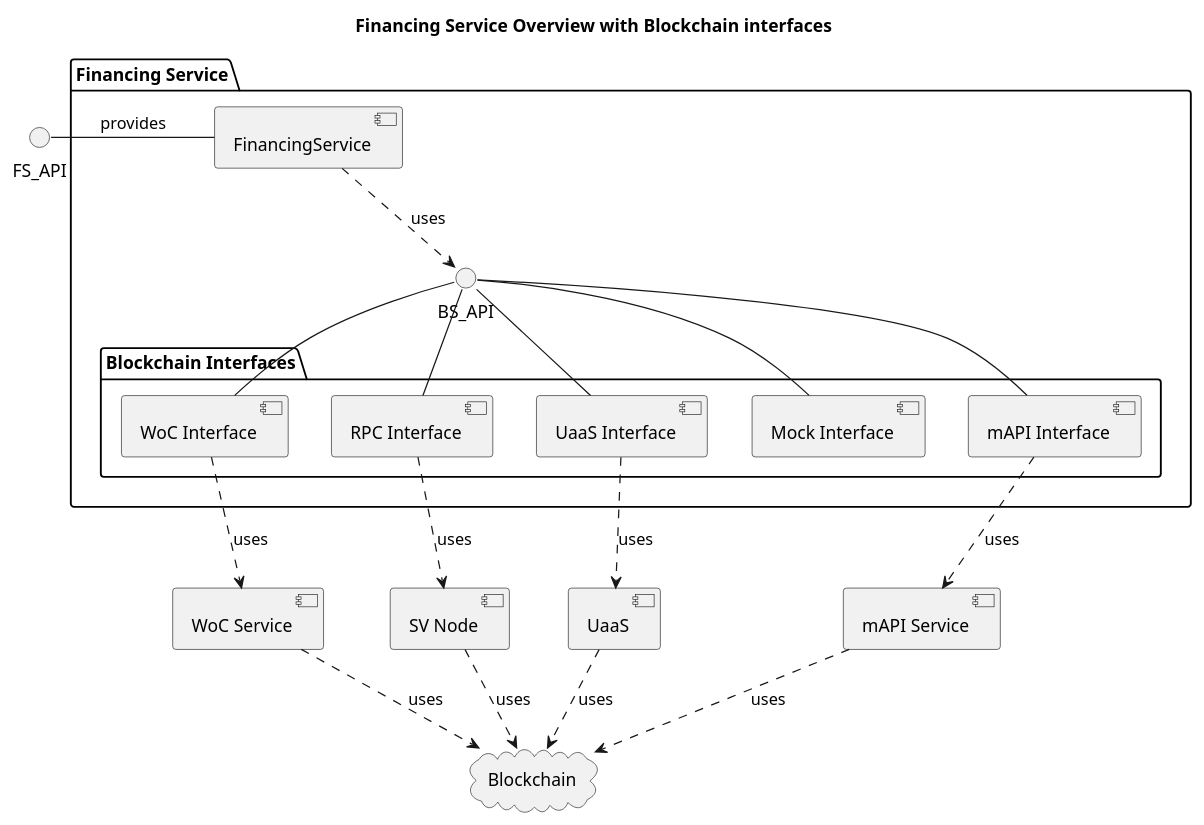
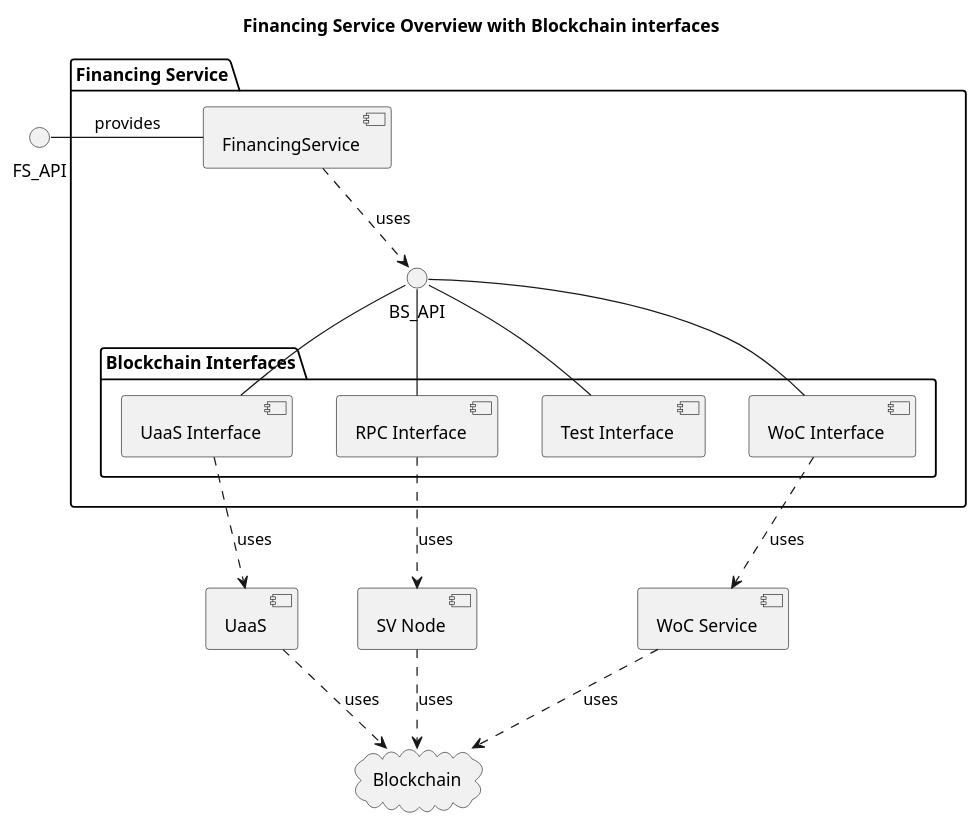
The diagram in docs/diagrams/overview2.puml (nchain-innovation/financing-service), drawn with PlantUML before and after one commit. The commit also changed 22 other files, not shown here.

```diff
--- a/docs/diagrams/overview2.puml
+++ b/docs/diagrams/overview2.puml
@@ -1,35 +1,31 @@
 @startuml
 title Financing Service Overview with Blockchain interfaces
 top to bottom direction
 
 () FS_API
 package "Financing Service" {
     FS_API - [FinancingService] : provides
     () BS_API
     package "Blockchain Interfaces" {
-        BS_API -down- [mAPI Interface]
-        BS_API - [WoC Interface]
+        BS_API -down- [WoC Interface]
+        BS_API - [UaaS Interface]
         BS_API - [RPC Interface]
-        BS_API - [UaaS Interface]
-        BS_API - [Mock Interface]
+        BS_API - [Test Interface]
     }
 }
 
 cloud "Blockchain" {
 }
 
 [FinancingService] ..> BS_API : uses
-
-[mAPI Interface] ..> [mAPI Service] : uses
-[mAPI Service] ..> Blockchain : uses
 
 [WoC Interface] ..> [WoC Service] : uses
 [WoC Service] ..> Blockchain : uses
 
 [RPC Interface] ..> [SV Node] : uses
 [SV Node] ..> Blockchain : uses
 
 [UaaS Interface] ..> [UaaS] : uses
 [UaaS] ..> Blockchain : uses
 
 @enduml
```
